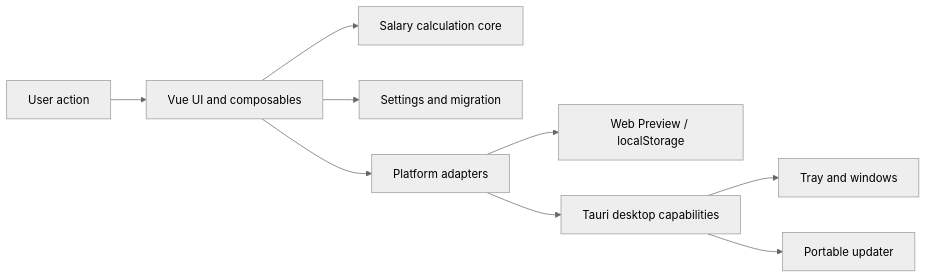
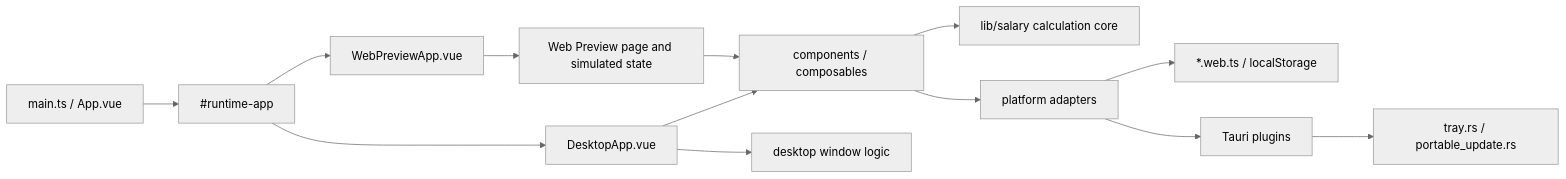
The diagram in docs/ARCHITECTURE_EN.md (MasterBao66/PayDance), drawn with Mermaid (neutral theme) before and after one commit. The commit also changed other lines of this file and 47 other files, not shown here.

````diff
--- a/docs/ARCHITECTURE_EN.md
+++ b/docs/ARCHITECTURE_EN.md
@@ -7,11 +7,15 @@
 ```mermaid
 flowchart LR
-  User["User action"] --> Vue["Vue UI and composables"]
-  Vue --> Salary["Salary calculation core"]
-  Vue --> Settings["Settings and migration"]
-  Vue --> Platform["Platform adapters"]
-  Platform --> Web["Web Preview / localStorage"]
-  Platform --> Tauri["Tauri desktop capabilities"]
-  Tauri --> Tray["Tray and windows"]
-  Tauri --> Update["Portable updater"]
+  Entry["main.ts / App.vue"] --> Target["#runtime-app"]
+  Target --> Desktop["DesktopApp.vue"]
+  Target --> Web["WebPreviewApp.vue"]
+  Desktop --> Shared["components / composables"]
+  Web --> Preview["Web Preview page and simulated state"]
+  Preview --> Shared
+  Shared --> Salary["lib/salary calculation core"]
+  Shared --> Adapters["platform adapters"]
+  Adapters --> Browser["*.web.ts / localStorage"]
+  Adapters --> Tauri["Tauri plugins"]
+  Desktop --> Window["desktop window logic"]
+  Tauri --> Rust["tray.rs / portable_update.rs"]
 ```
````
